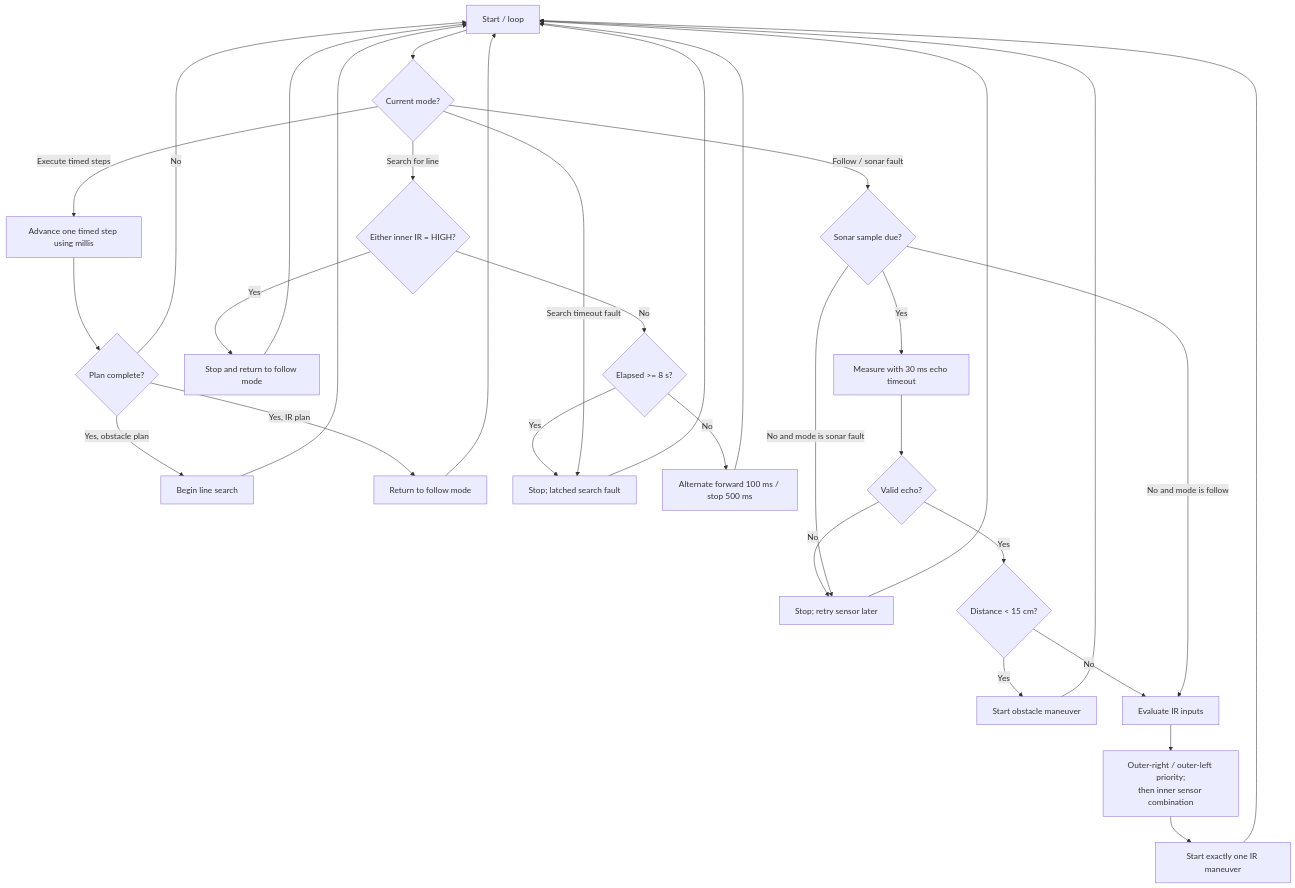
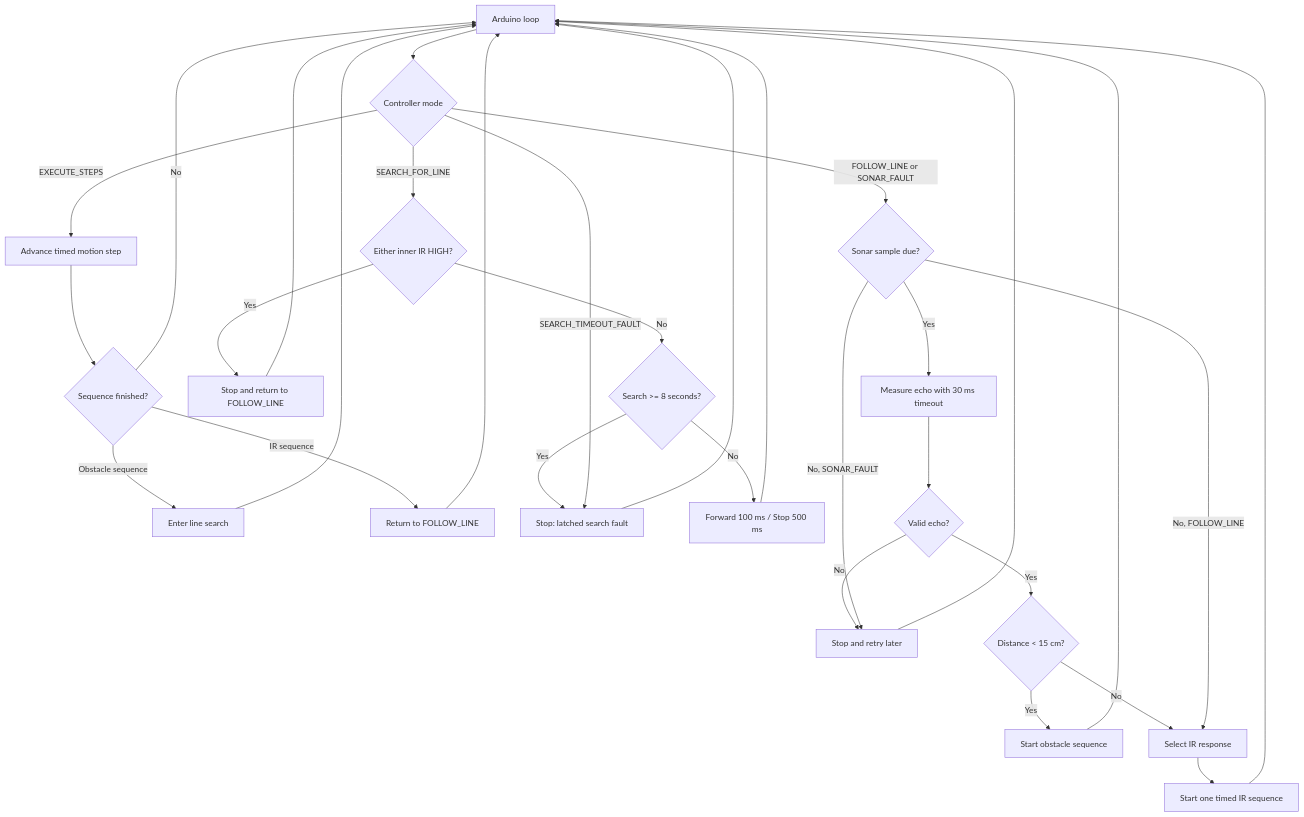
The second of 2 diagrams in README.md (HoiChunWat/Arduino-Autonomous-Robot-Car), drawn with Mermaid before and after one commit. The commit also changed other lines of this file, not shown here.

Commit message:
docs: refine README architecture, decision flow, and validation notes

````diff
--- a/README.md
+++ b/README.md
@@ -44,35 +60,35 @@
 ```mermaid
 flowchart TD
-    A["Start / loop"] --> B{"Current mode?"}
-    B -->|Execute timed steps| C["Advance one timed step using millis"]
-    C --> D{"Plan complete?"}
+    A["Arduino loop"] --> B{"Controller mode"}
+    B -->|EXECUTE_STEPS| C["Advance timed motion step"]
+    C --> D{"Sequence finished?"}
     D -->|No| A
-    D -->|Yes, obstacle plan| S["Begin line search"]
-    D -->|Yes, IR plan| F["Return to follow mode"]
+    D -->|Obstacle sequence| E["Enter line search"]
+    D -->|IR sequence| F["Return to FOLLOW_LINE"]
+    E --> A
+    F --> A
+
+    B -->|SEARCH_FOR_LINE| G{"Either inner IR HIGH?"}
+    G -->|Yes| H["Stop and return to FOLLOW_LINE"]
+    G -->|No| I{"Search >= 8 seconds?"}
+    I -->|Yes| J["Stop: latched search fault"]
+    I -->|No| K["Forward 100 ms / Stop 500 ms"]
+    H --> A
+    K --> A
+    J --> A
+
+    B -->|SEARCH_TIMEOUT_FAULT| J
+    B -->|FOLLOW_LINE or SONAR_FAULT| L{"Sonar sample due?"}
+    L -->|Yes| M["Measure echo with 30 ms timeout"]
+    M --> N{"Valid echo?"}
+    N -->|No| O["Stop and retry later"]
+    N -->|Yes| P{"Distance < 15 cm?"}
+    P -->|Yes| Q["Start obstacle sequence"]
+    P -->|No| R["Select IR response"]
+    L -->|No, FOLLOW_LINE| R
+    L -->|No, SONAR_FAULT| O
+    R --> S["Start one timed IR sequence"]
     S --> A
-    F --> A
-    B -->|Search for line| E{"Either inner IR = HIGH?"}
-    E -->|Yes| G["Stop and return to follow mode"]
-    E -->|No| H{"Elapsed >= 8 s?"}
-    H -->|Yes| I["Stop; latched search fault"]
-    H -->|No| J["Alternate forward 100 ms / stop 500 ms"]
-    G --> A
-    J --> A
-    B -->|Search timeout fault| I
-    B -->|Follow / sonar fault| K{"Sonar sample due?"}
-    K -->|Yes| L["Measure with 30 ms echo timeout"]
-    L --> M{"Valid echo?"}
-    M -->|No| N["Stop; retry sensor later"]
-    M -->|Yes| O{"Distance < 15 cm?"}
-    O -->|Yes| P["Start obstacle maneuver"]
-    O -->|No| Q["Evaluate IR inputs"]
-    K -->|No and mode is follow| Q
-    K -->|No and mode is sonar fault| N
-    Q --> R["Outer-right / outer-left priority;
-then inner sensor combination"]
-    R --> T["Start exactly one IR maneuver"]
-    T --> A
-    N --> A
-    P --> A
-    I --> A
+    Q --> A
+    O --> A
 ```
````
